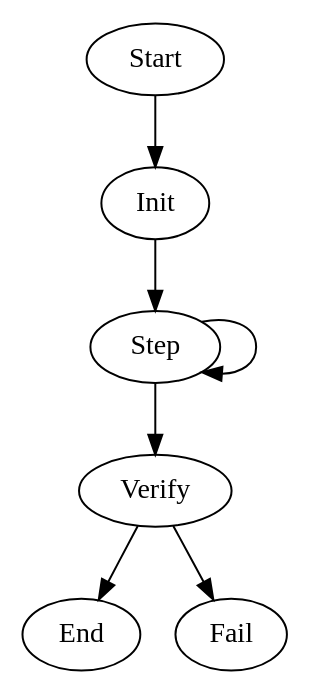
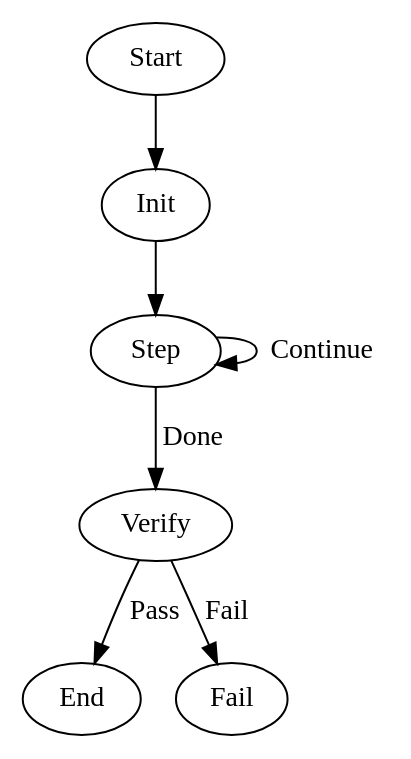
Before and after one commit to stencila/stencila: the diagram in .stencila/workflows/test-count-to-goal/WORKFLOW.md, drawn with Graphviz. The commit also changed 21 other files, not shown here.

````diff
--- a/.stencila/workflows/test-count-to-goal/WORKFLOW.md
+++ b/.stencila/workflows/test-count-to-goal/WORKFLOW.md
@@ -8,16 +8,16 @@
 ```dot
 digraph Workflow {
   Start -> Init
 
   Init [prompt="Reply with just the number: 1"]
   Init -> Step
 
-  Step [prompt="If $last_output equals $goal reply with ONLY the word done in lowercase. Otherwise add one to $last_output and reply with ONLY the new number, nothing else."]
-  Step -> Verify [condition="context.last_output=done"]
-  Step -> Step   [condition="context.last_output!=done"]
+  Step [prompt="If $last_output equals $goal, the counting is complete — choose Done. Otherwise add one to $last_output and reply with ONLY the new number."]
+  Step -> Verify [label="Done"]
+  Step -> Step   [label="Continue"]
 
-  Verify [prompt="Does '$last_output' equal 'done'? Reply with ONLY yes or no in lowercase, nothing else."]
-  Verify -> End  [condition="context.last_output=yes"]
-  Verify -> Fail
+  Verify [prompt="Does '$last_output' confirm the count reached '$goal'? Verify the result and choose Pass or Fail."]
+  Verify -> End  [label="Pass"]
+  Verify -> Fail [label="Fail"]
 }
 ```
````
